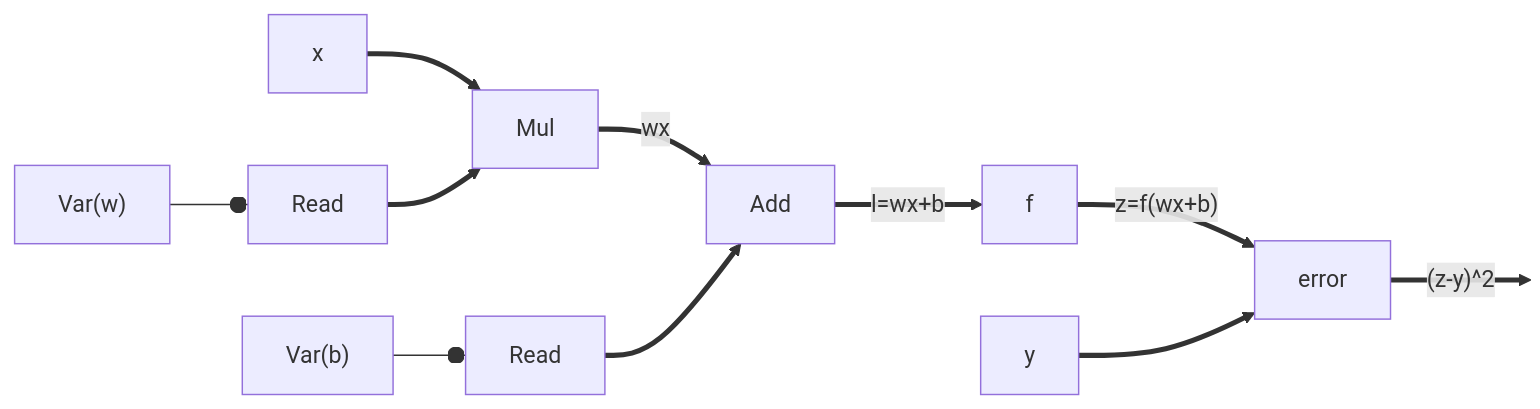
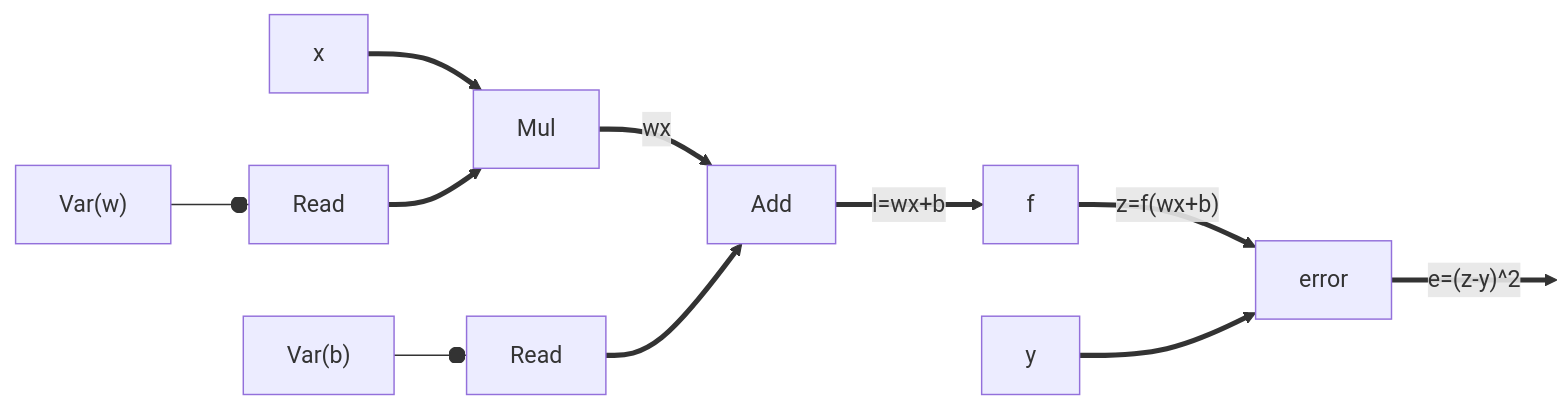
Before and after one commit to codenet/col733-cloud: the first of 3 diagrams in compute-tf.md, drawn with Mermaid. The commit also changed other lines of this file and 2 other files, not shown here.

````diff
--- a/compute-tf.md
+++ b/compute-tf.md
@@ -9,21 +9,21 @@
 ```mermaid
 graph LR
   w["Var(w)"]
 	wr[Read]
   b["Var(b)"]
 	br[Read]
 
 	x ==> Mul
 	w --o wr
 	wr ==> Mul
 	Mul ==> |wx| Add
 	b --o br
 	br ==> Add
 
 	Add ==> |l=wx+b| f
 	f ==> |"z=f(wx+b)"| error
 	y ==> error
-	error ==> |"(z-y)^2"| A:::hidden
+	error ==> |"e=(z-y)^2"| A:::hidden
 
 	classDef hidden display: none;
 ```
````
